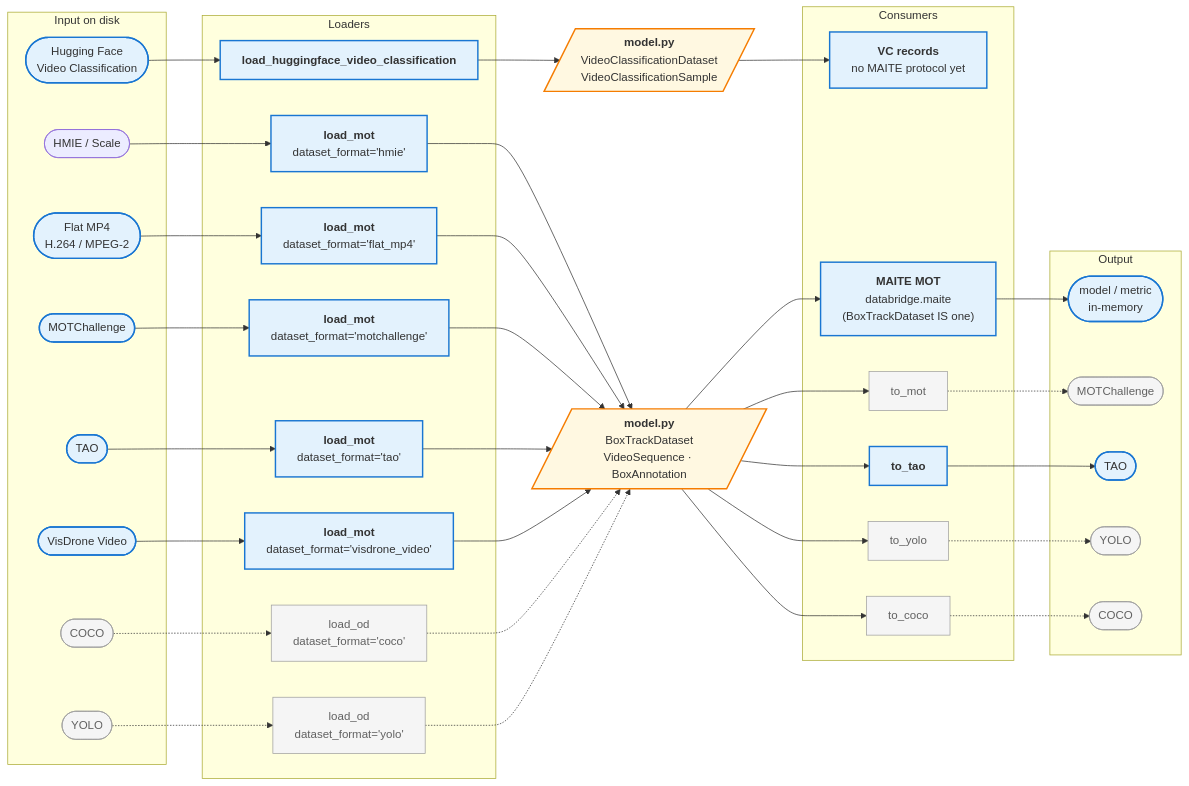
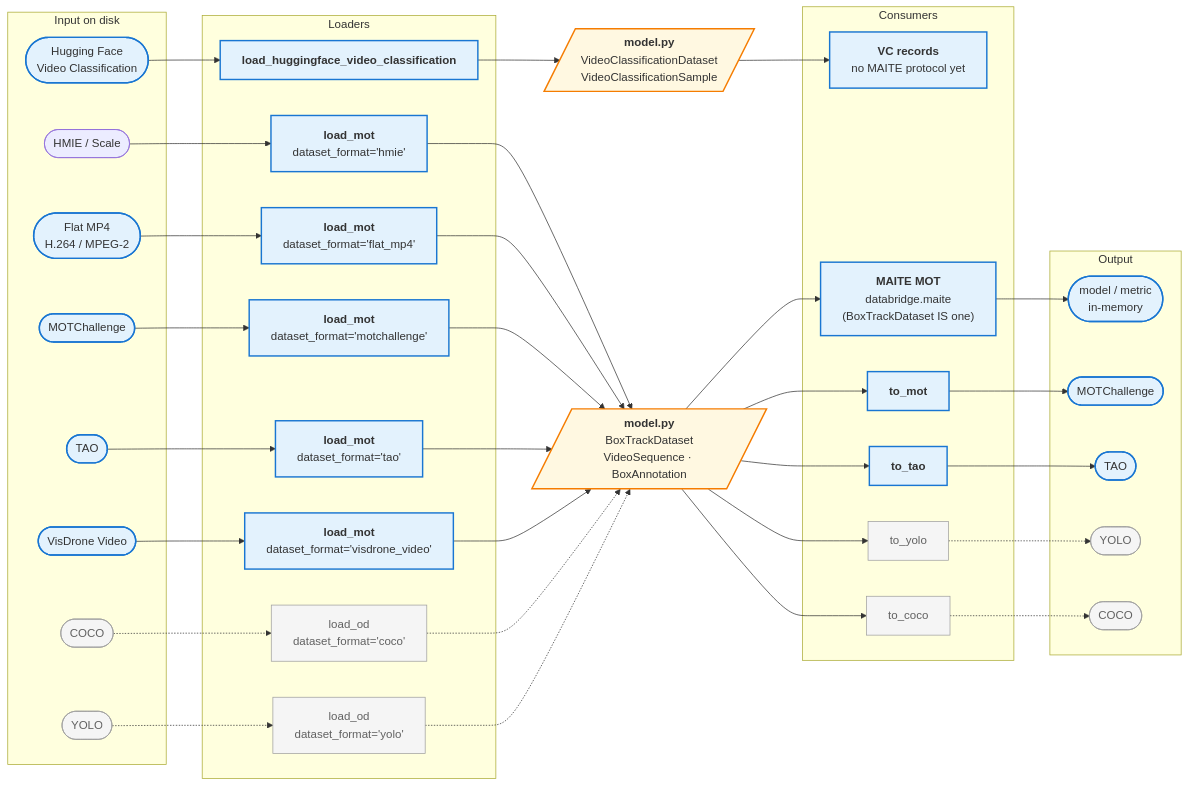
One commit to openteams-ai/datamaite changed the first of 9 diagrams in docs/architecture.md. Above: the diagram before and after it, drawn with Mermaid. The commit also changed other lines of this file and 7 other files, not shown here.

````diff
--- a/docs/architecture.md
+++ b/docs/architecture.md
@@ -29,80 +29,80 @@
 ```mermaid
 flowchart LR
     subgraph in [Input on disk]
         HMIE([HMIE / Scale])
         MP4IN([Flat MP4<br/>H.264 / MPEG-2])
         HFIN([Hugging Face<br/>Video Classification])
         MOTIN([MOTChallenge])
         TAOIN([TAO])
         VISIN([VisDrone Video])
         COCOIN([COCO])
         YOLOIN([YOLO])
     end
 
     subgraph loaders [Loaders]
         LH["<b>load_mot</b><br/>dataset_format='hmie'"]
         LF["<b>load_mot</b><br/>dataset_format='flat_mp4'"]
         LHF["<b>load_huggingface_video_classification</b>"]
         LM["<b>load_mot</b><br/>dataset_format='motchallenge'"]
         LT["<b>load_mot</b><br/>dataset_format='tao'"]
         LV["<b>load_mot</b><br/>dataset_format='visdrone_video'"]
         LC["load_od<br/>dataset_format='coco'"]
         LY["load_od<br/>dataset_format='yolo'"]
     end
 
     HUB[/"<b>model.py</b><br/>BoxTrackDataset<br/>VideoSequence · BoxAnnotation"/]
     VCHUB[/"<b>model.py</b><br/>VideoClassificationDataset<br/>VideoClassificationSample"/]
 
     subgraph consumers [Consumers]
         VCREC["<b>VC records</b><br/>no MAITE protocol yet"]
         MAITE["<b>MAITE MOT</b><br/>databridge.maite<br/>(BoxTrackDataset IS one)"]
-        TM["to_mot"]
+        TM["<b>to_mot</b>"]
         TT["<b>to_tao</b>"]
         TY["to_yolo"]
         TC["to_coco"]
     end
 
     subgraph out [Output]
         MAITEOUT([model / metric<br/>in-memory])
         MOTOUT([MOTChallenge])
         TAOOUT([TAO])
         YOLOUT([YOLO])
         COCOUT([COCO])
     end
 
     HMIE --> LH
     MP4IN --> LF
     HFIN --> LHF
     MOTIN --> LM
     TAOIN --> LT
     VISIN --> LV
     COCOIN -.-> LC
     YOLOIN -.-> LY
     LH --> HUB
     LF --> HUB
     LHF --> VCHUB
     LM --> HUB
     LT --> HUB
     LV --> HUB
     LC -.-> HUB
     LY -.-> HUB
     VCHUB --> VCREC
     HUB --> MAITE
     HUB --> TM
     HUB --> TT
     HUB --> TY
     HUB --> TC
     MAITE --> MAITEOUT
-    TM -.-> MOTOUT
+    TM --> MOTOUT
     TT --> TAOOUT
     TY -.-> YOLOUT
     TC -.-> COCOUT
 
     classDef hub fill:#fff8e1,stroke:#f57c00,stroke-width:2px;
     classDef impl fill:#e3f2fd,stroke:#1976d2,stroke-width:2px;
     classDef planned fill:#f5f5f5,stroke:#9e9e9e,color:#616161;
     class HUB,VCHUB hub;
-    class LH,LF,LHF,LM,LT,LV,TT,MAITE,VCREC impl;
-    class MAITEOUT,MP4IN,HFIN,MOTIN,TAOIN,VISIN,TAOOUT impl;
-    class LC,LY,TM,TY,TC,COCOIN,YOLOIN,MOTOUT,YOLOUT,COCOUT planned;
+    class LH,LF,LHF,LM,LT,LV,TM,TT,MAITE,VCREC impl;
+    class MAITEOUT,MP4IN,HFIN,MOTIN,TAOIN,VISIN,MOTOUT,TAOOUT impl;
+    class LC,LY,TY,TC,COCOIN,YOLOIN,YOLOUT,COCOUT planned;
 ```
````
